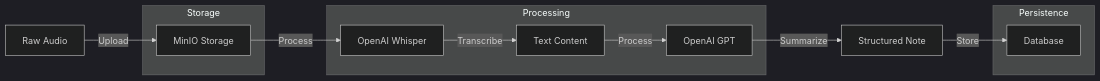
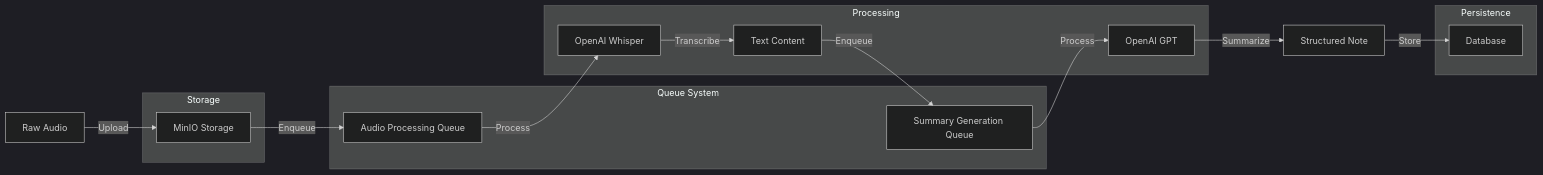
One commit to fbsis/aiScribe changed the fourth of 4 diagrams in architecture.md. Above: the diagram before and after it, drawn with Mermaid (dark theme). The commit also changed other lines of this file and 2 other files, not shown here.

````diff
--- a/architecture.md
+++ b/architecture.md
@@ -380,23 +399,30 @@
 ```mermaid
 graph LR
     A[Raw Audio] -->|Upload| B[MinIO Storage]
-    B -->|Process| C[OpenAI Whisper]
-    C -->|Transcribe| D[Text Content]
-    D -->|Process| E[OpenAI GPT]
-    E -->|Summarize| F[Structured Note]
-    F -->|Store| G[Database]
+    B -->|Enqueue| C[Audio Processing Queue]
+    C -->|Process| D[OpenAI Whisper]
+    D -->|Transcribe| E[Text Content]
+    E -->|Enqueue| F[Summary Generation Queue]
+    F -->|Process| G[OpenAI GPT]
+    G -->|Summarize| H[Structured Note]
+    H -->|Store| I[Database]
     
     subgraph Storage
         B
     end
     
+    subgraph Queue System
+        C
+        F
+    end
+    
     subgraph Processing
-        C
         D
         E
+        G
     end
     
     subgraph Persistence
-        G
+        I
     end
 ``` 
````
